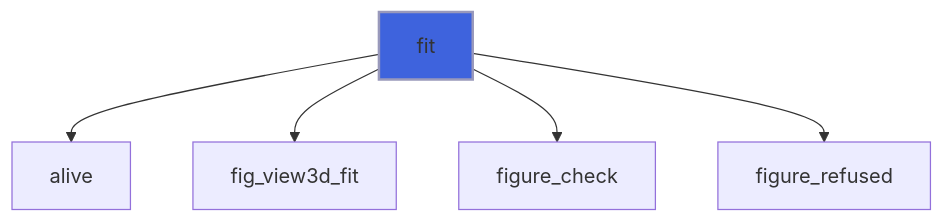
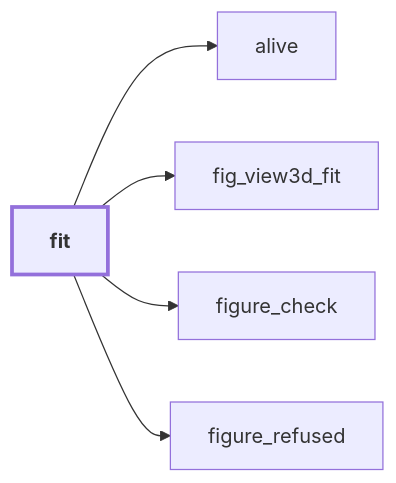
Before and after one commit to szaghi/figure: the tenth of 39 diagrams in docs/api/src/lib/figure_view3d.md, drawn with Mermaid. The commit also changed other lines of this file and 54 other files, not shown here.

````diff
--- a/docs/api/src/lib/figure_view3d.md
+++ b/docs/api/src/lib/figure_view3d.md
@@ -471,8 +545,13 @@
 ```mermaid
-flowchart TD
+flowchart LR
   fit["fit"] --> alive["alive"]
   fit["fit"] --> fig_view3d_fit["fig_view3d_fit"]
   fit["fit"] --> figure_check["figure_check"]
   fit["fit"] --> figure_refused["figure_refused"]
-  style fit fill:#3e63dd,stroke:#99b,stroke-width:2px
+  classDef focus stroke-width:3px,font-weight:bold
+  class fit focus
+  click figure_refused href "figure_base.html#figure-refused" "figure_refused"
+  click alive href "#alive" "alive"
+  click figure_check href "figure_base.html#figure-check" "figure_check"
+  click fig_view3d_fit href "#fig-view3d-fit" "fig_view3d_fit"
 ```
````
